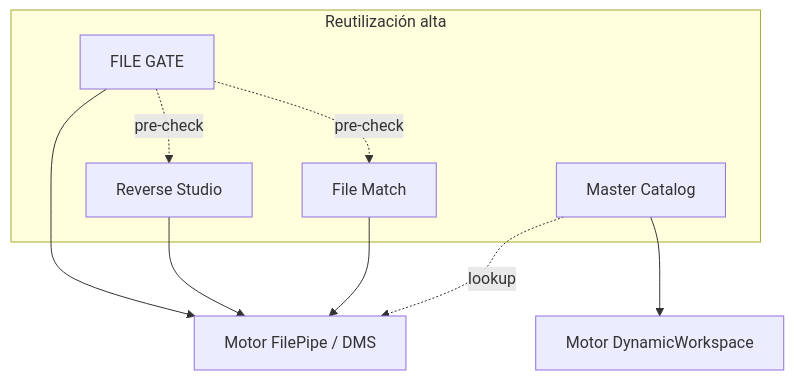
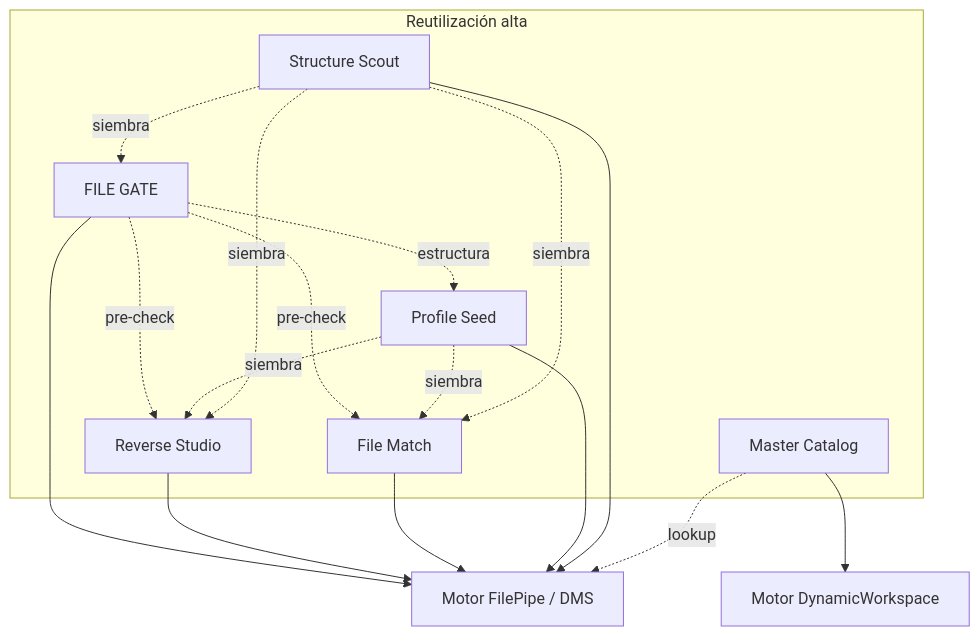
Before and after one commit to IrvingSAP/DynamicWorkspace_Railway: the seventh of 7 diagrams in docs/APP_FACTORY_HIGH_REUSE.md, drawn with Mermaid. The commit also changed other lines of this file and 156 other files, not shown here.

````diff
--- a/docs/APP_FACTORY_HIGH_REUSE.md
+++ b/docs/APP_FACTORY_HIGH_REUSE.md
@@ -601,18 +913,28 @@
 ```mermaid
 flowchart TB
     subgraph high [Reutilización alta]
         FG[FILE GATE]
         RS[Reverse Studio]
         FM[File Match]
+        PS[Profile Seed]
+        SS[Structure Scout]
         MC[Master Catalog]
     end
     DMS[Motor FilePipe / DMS]
     WS[Motor DynamicWorkspace]
     FG --> DMS
     RS --> DMS
     FM --> DMS
+    PS --> DMS
+    SS --> DMS
     MC --> WS
     MC -.->|lookup| DMS
     FG -.->|pre-check| RS
     FG -.->|pre-check| FM
+    FG -.->|estructura| PS
+    PS -.->|siembra| FM
+    PS -.->|siembra| RS
+    SS -.->|siembra| FG
+    SS -.->|siembra| RS
+    SS -.->|siembra| FM
 ```
````
